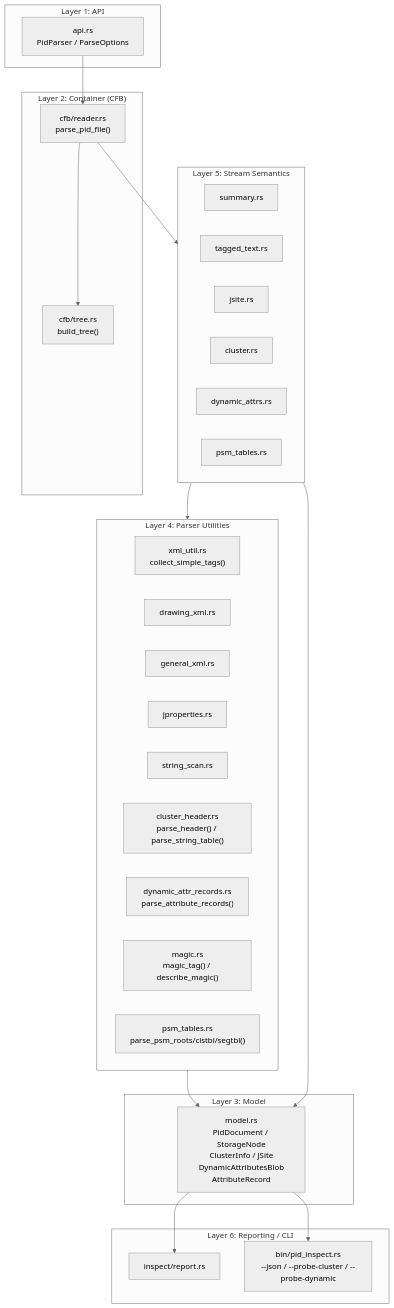
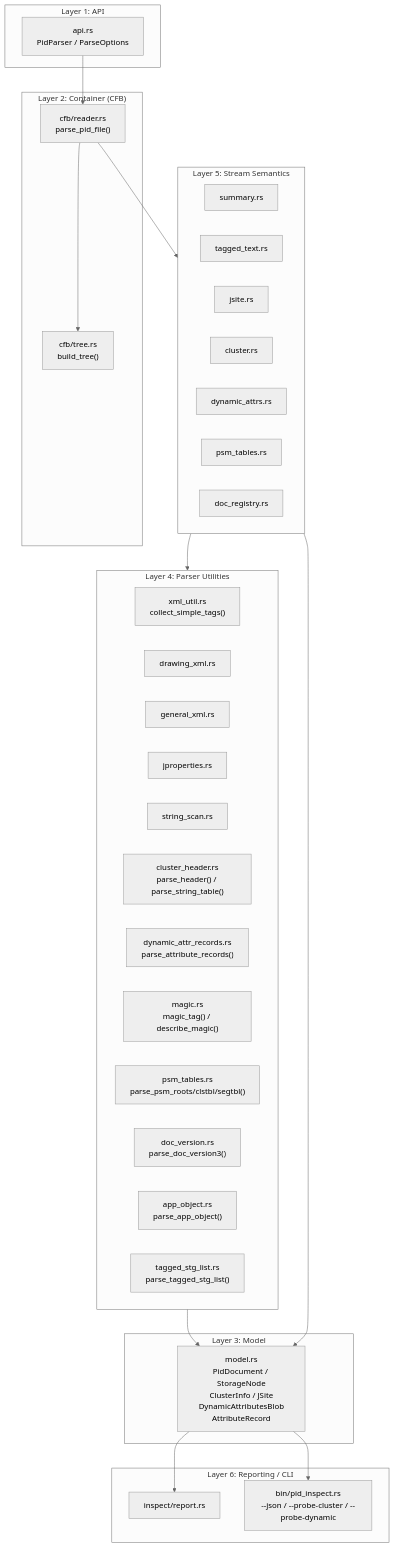
Before and after one commit to happyrust/pid-parse: the first of 4 diagrams in ARCHITECTURE.md, drawn with Mermaid (neutral theme). The commit also changed other lines of this file and 14 other files, not shown here.

````diff
--- a/ARCHITECTURE.md
+++ b/ARCHITECTURE.md
@@ -21,50 +21,54 @@
 ```mermaid
 flowchart TB
     subgraph L1["Layer 1: API"]
         api["api.rs\nPidParser / ParseOptions"]
     end
 
     subgraph L2["Layer 2: Container (CFB)"]
         reader["cfb/reader.rs\nparse_pid_file()"]
         tree["cfb/tree.rs\nbuild_tree()"]
     end
 
     subgraph L3["Layer 3: Model"]
         model["model.rs\nPidDocument / StorageNode\nClusterInfo / JSite\nDynamicAttributesBlob\nAttributeRecord"]
     end
 
     subgraph L4["Layer 4: Parser Utilities"]
         xml_util["xml_util.rs\ncollect_simple_tags()"]
         drawing["drawing_xml.rs"]
         general["general_xml.rs"]
         jprops["jproperties.rs"]
         strscan["string_scan.rs"]
         cluster_hdr["cluster_header.rs\nparse_header() / parse_string_table()"]
         da_records["dynamic_attr_records.rs\nparse_attribute_records()"]
         mg["magic.rs\nmagic_tag() / describe_magic()"]
         psm["psm_tables.rs\nparse_psm_roots/clstbl/segtbl()"]
+        dv["doc_version.rs\nparse_doc_version3()"]
+        ao["app_object.rs\nparse_app_object()"]
+        ttsl["tagged_stg_list.rs\nparse_tagged_stg_list()"]
     end
 
     subgraph L5["Layer 5: Stream Semantics"]
         summary["summary.rs"]
         tagged["tagged_text.rs"]
         jsite["jsite.rs"]
         cluster["cluster.rs"]
         dynattr["dynamic_attrs.rs"]
         psm_s["psm_tables.rs"]
+        dr["doc_registry.rs"]
     end
 
     subgraph L6["Layer 6: Reporting / CLI"]
         report["inspect/report.rs"]
         cli["bin/pid_inspect.rs\n--json / --probe-cluster / --probe-dynamic"]
     end
 
     api --> reader
     reader --> tree
     reader --> L5
     L5 --> L4
     L4 --> model
     L5 --> model
     model --> report
     model --> cli
 ```
````
